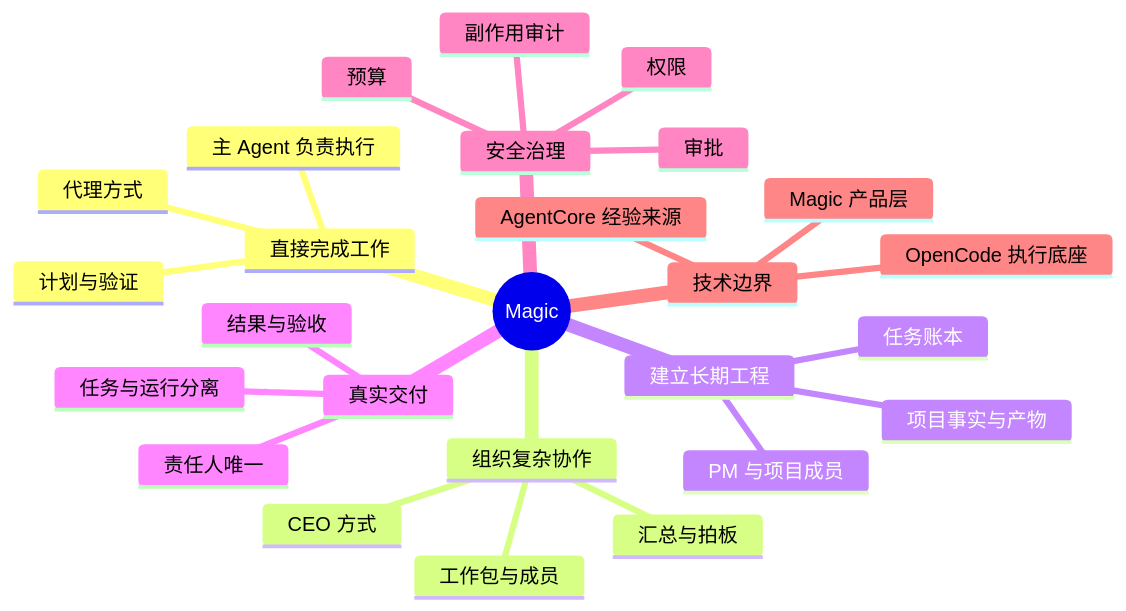
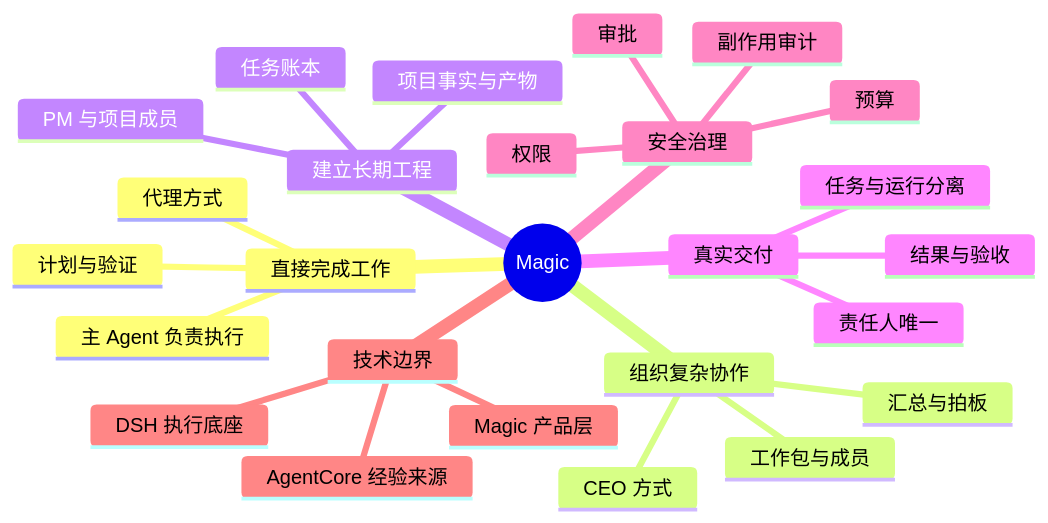
One commit to liu629711-spec/Magic changed the first of 5 diagrams in docs/01-产品/PRD-01-Magic产品总览.md. Above: the diagram before and after it, drawn with Mermaid. The commit also changed other lines of this file and 66 other files, not shown here.

````diff
--- a/docs/01-产品/PRD-01-Magic产品总览.md
+++ b/docs/01-产品/PRD-01-Magic产品总览.md
@@ -17,29 +17,29 @@
 ```mermaid
 mindmap
   root((Magic))
     直接完成工作
       代理方式
       主 Agent 负责执行
       计划与验证
     组织复杂协作
       CEO 方式
       工作包与成员
       汇总与拍板
     建立长期工程
       PM 与项目成员
       任务账本
       项目事实与产物
     真实交付
       责任人唯一
       任务与运行分离
       结果与验收
     安全治理
       权限
       预算
       审批
       副作用审计
     技术边界
       Magic 产品层
-      OpenCode 执行底座
+      DSH 执行底座
       AgentCore 经验来源
 ```
````
